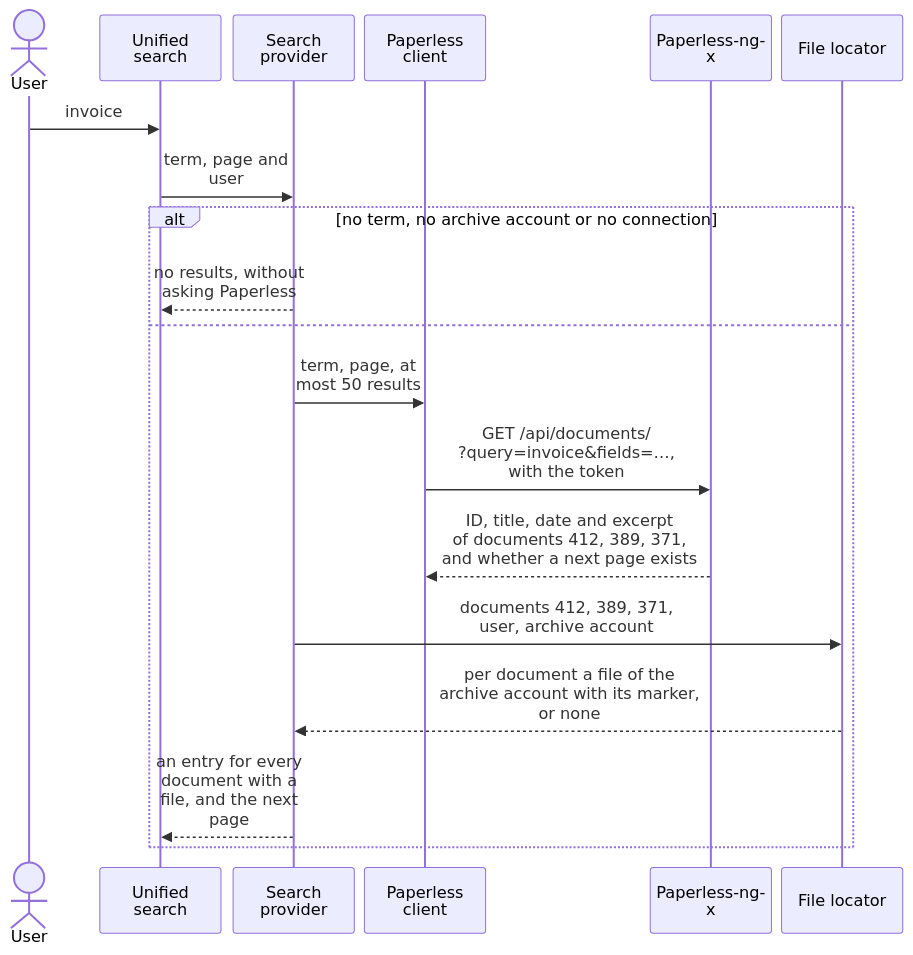
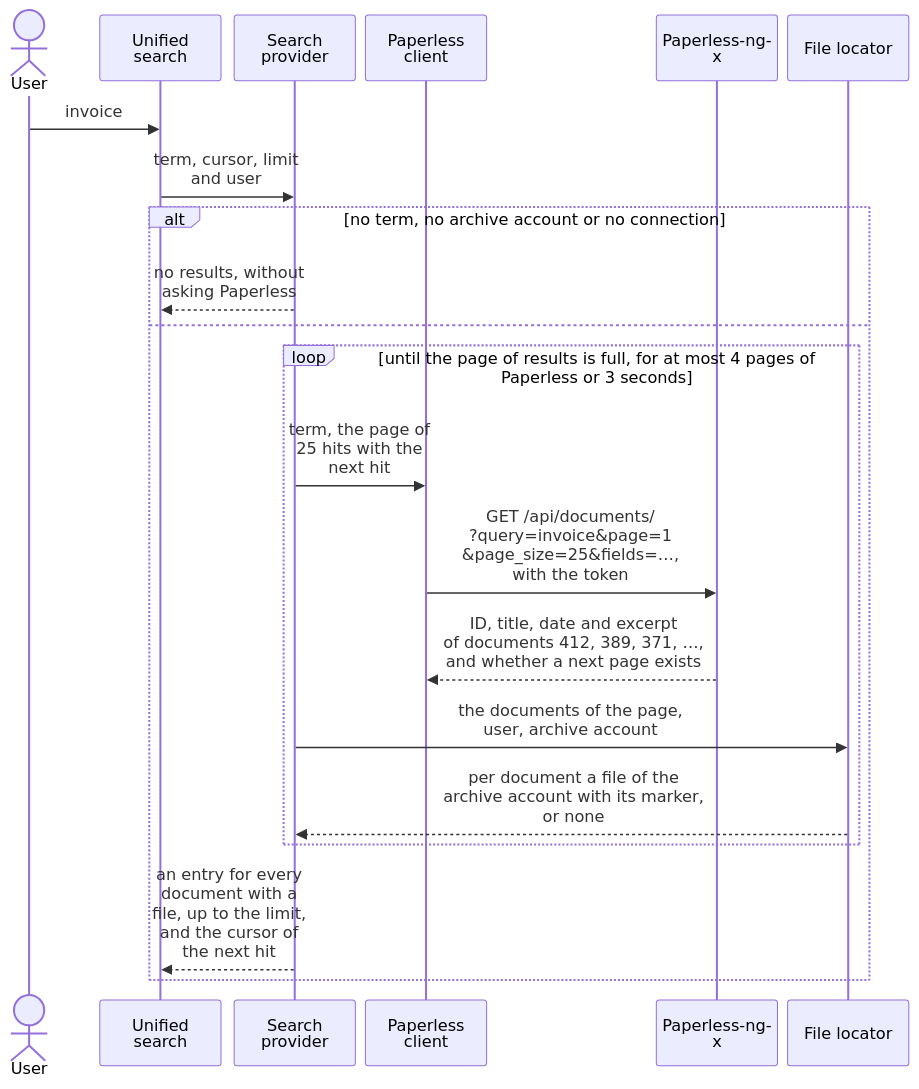
The second of 8 diagrams in docs/architecture.md (Dennis-Otto/paperless-unified-search), drawn with Mermaid before and after one commit. The commit also changed other lines of this file and 12 other files, not shown here.

First line of the commit message:
fix(search): fill each page of results, so Paperless documents no longer vanish from the search (#116)

````diff
--- a/docs/architecture.md
+++ b/docs/architecture.md
@@ -80,31 +80,33 @@
 ```mermaid
 ---
 config:
   sequence:
     wrap: true
     width: 120
     actorMargin: 10
 ---
 sequenceDiagram
     accTitle: The data flow of a search
-    accDescr: A user searches for invoice. The unified search passes the term, the page and the user to the search provider. Without a term, an archive account or a connection, the provider answers with no results and doesn't ask Paperless. Otherwise the Paperless client asks Paperless-ngx with the token for at most 50 results and only for the fields that a result shows, and Paperless answers with the ID, the title, the date and the excerpt of documents 412, 389 and 371 and whether a next page exists. One call of the file locator covers all documents of the page and returns for each a file of the archive account with its marker, or none. The provider answers with an entry for every document with a file, and the next page.
+    accDescr: A user searches for invoice. The unified search passes the term, the cursor, the limit and the user to the search provider. Without a term, an archive account or a connection, the provider answers with no results and doesn't ask Paperless. Otherwise, until the page of results is full, the Paperless client asks Paperless-ngx with the token for the page of 25 hits that holds the next hit, and only for the fields that a result shows, and Paperless answers with the ID, the title, the date and the excerpt of documents 412, 389, 371 and more, and whether a next page exists. One call of the file locator covers all documents of that page and returns for each a file of the archive account with its marker, or none. This repeats for at most 4 pages of Paperless or 3 seconds. The provider answers with an entry for every document with a file, up to the limit, and the cursor of the first hit that it didn't go through.
 
     actor User
     participant Search as Unified search
     participant Provider as Search provider
     participant Client as Paperless client
     participant Paperless as Paperless-ngx
     participant Locator as File locator
     User->>Search: invoice
-    Search->>Provider: term, page and user
+    Search->>Provider: term, cursor, limit and user
     alt no term, no archive account or no connection
         Provider-->>Search: no results, without asking Paperless
     else
-        Provider->>Client: term, page, at most 50 results
-        Client->>Paperless: GET /api/documents/<br>?query=invoice&fields=…,<br>with the token
-        Paperless-->>Client: ID, title, date and excerpt<br>of documents 412, 389, 371,<br>and whether a next page exists
-        Provider->>Locator: documents 412, 389, 371,<br>user, archive account
-        Locator-->>Provider: per document a file of the<br>archive account with its marker,<br>or none
-        Provider-->>Search: an entry for every document with a file, and the next page
+        loop until the page of results is full, for at most 4 pages of Paperless or 3 seconds
+            Provider->>Client: term, the page of 25 hits with the next hit
+            Client->>Paperless: GET /api/documents/<br>?query=invoice&page=1<br>&page_size=25&fields=…,<br>with the token
+            Paperless-->>Client: ID, title, date and excerpt<br>of documents 412, 389, 371, …,<br>and whether a next page exists
+            Provider->>Locator: the documents of the page,<br>user, archive account
+            Locator-->>Provider: per document a file of the<br>archive account with its marker,<br>or none
+        end
+        Provider-->>Search: an entry for every document with a file, up to the limit, and the cursor of the next hit
     end
 ```
````
